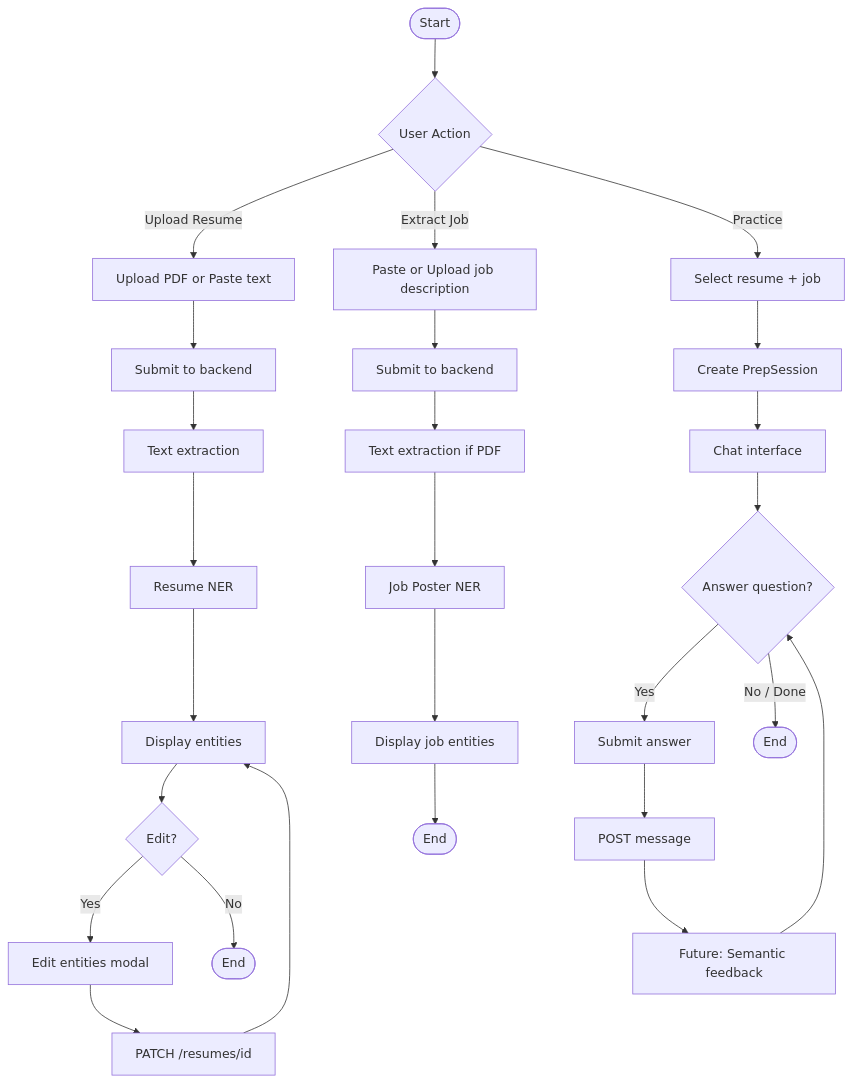
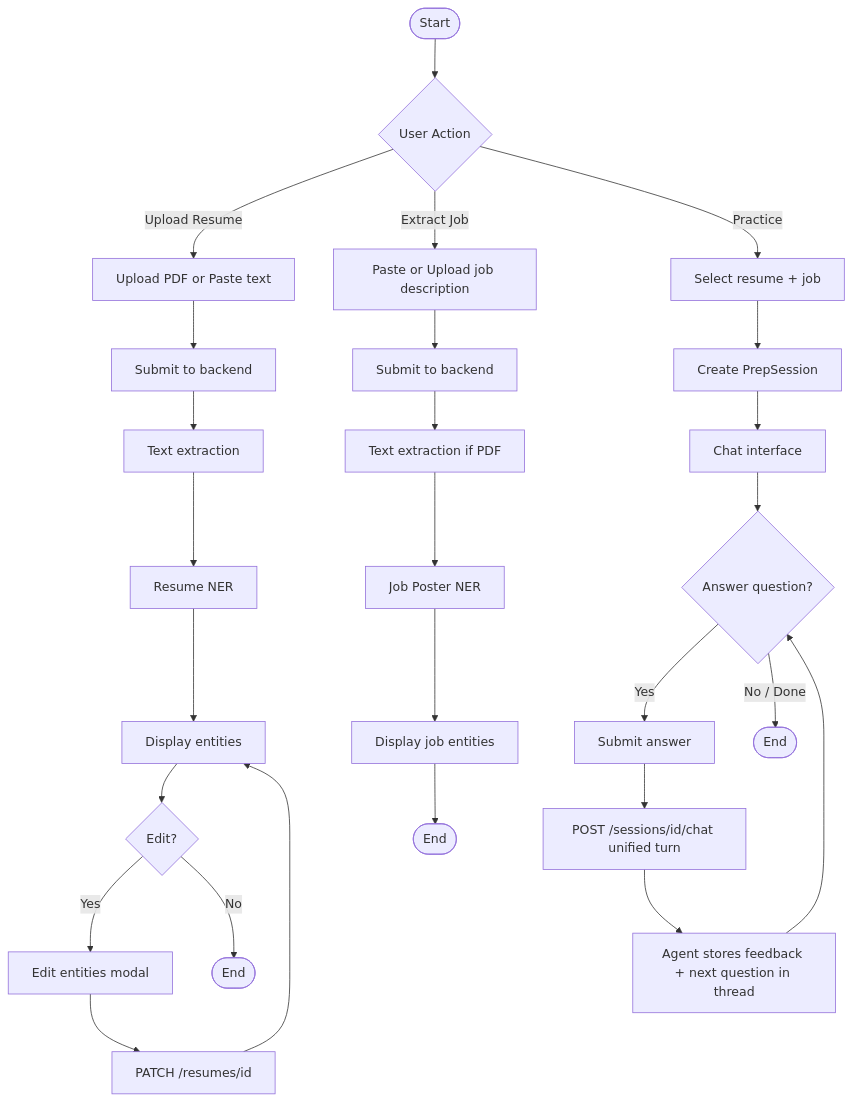
One commit to dinalUdagedara/model-training-ner changed the diagram in docs/ipd/diagrams/08-activity-main-user-flow.mmd. Above: the diagram before and after it, drawn with Mermaid. The commit also changed 22 other files, not shown here.

Commit message:
diagrams

```diff
--- a/docs/ipd/diagrams/08-activity-main-user-flow.mmd
+++ b/docs/ipd/diagrams/08-activity-main-user-flow.mmd
@@ -1,34 +1,34 @@
 %% Activity Diagram: Main User Flows - CrackInt
 %% Chapter 6, Section 6.4
 %% Primary flows: Resume Upload, Job Extract, Practice Session
 
 flowchart TB
     Start([Start]) --> Choice{User Action}
     Choice -->|Upload Resume| A1[Upload PDF or Paste text]
     Choice -->|Extract Job| B1[Paste or Upload job description]
     Choice -->|Practice| C1[Select resume + job]
 
     A1 --> A2[Submit to backend]
     A2 --> A3[Text extraction]
     A3 --> A4[Resume NER]
     A4 --> A5[Display entities]
     A5 --> A6{Edit?}
     A6 -->|Yes| A7[Edit entities modal]
     A7 --> A8["PATCH /resumes/id"]
     A8 --> A5
     A6 -->|No| End1([End])
 
     B1 --> B2[Submit to backend]
     B2 --> B3[Text extraction if PDF]
     B3 --> B4[Job Poster NER]
     B4 --> B5[Display job entities]
     B5 --> End2([End])
 
     C1 --> C2[Create PrepSession]
     C2 --> C3[Chat interface]
     C3 --> C4{Answer question?}
     C4 -->|Yes| C5[Submit answer]
-    C5 --> C6[POST message]
-    C6 --> C7[Future: Semantic feedback]
+    C5 --> C6[POST /sessions/id/chat unified turn]
+    C6 --> C7[Agent stores feedback + next question in thread]
     C7 --> C4
     C4 -->|No / Done| End3([End])
```
